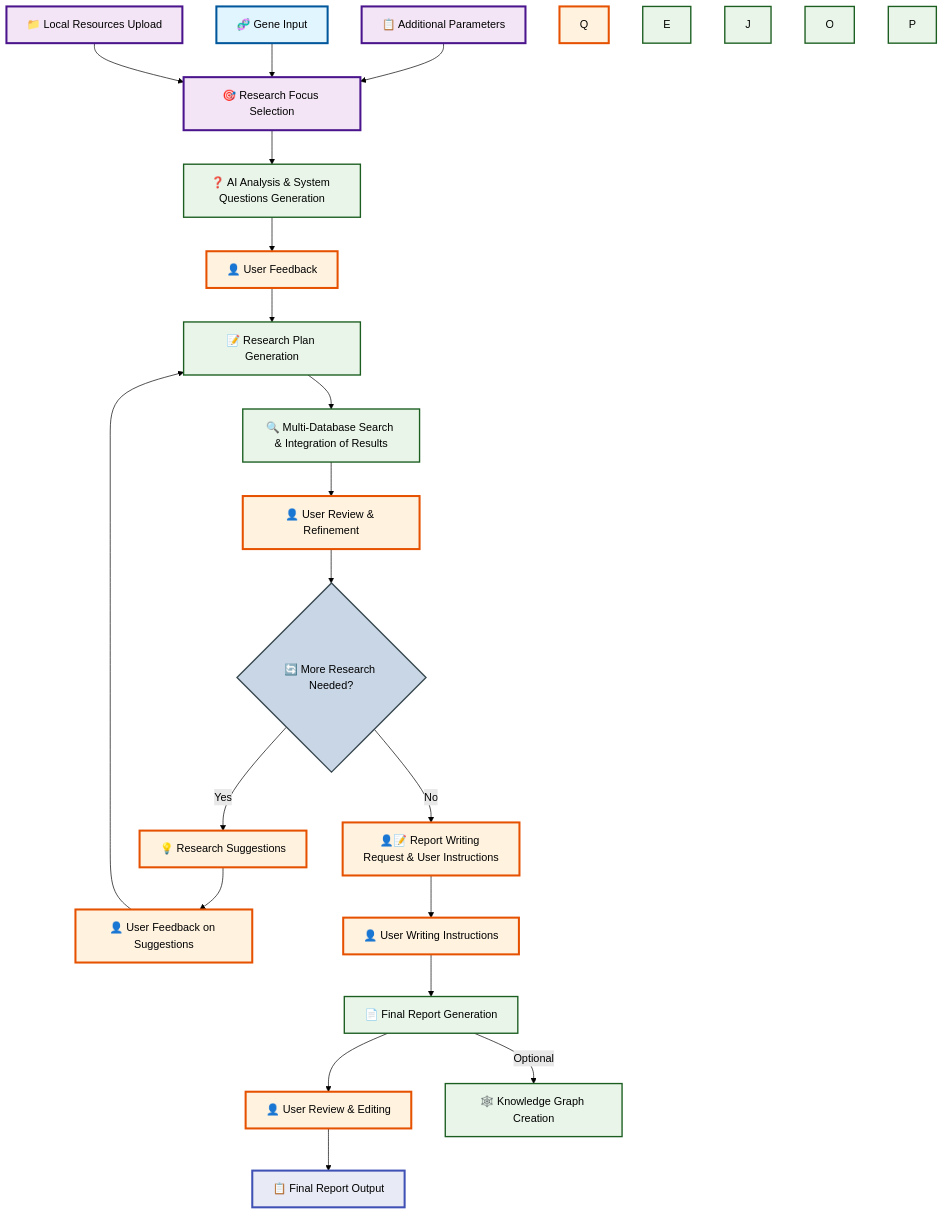
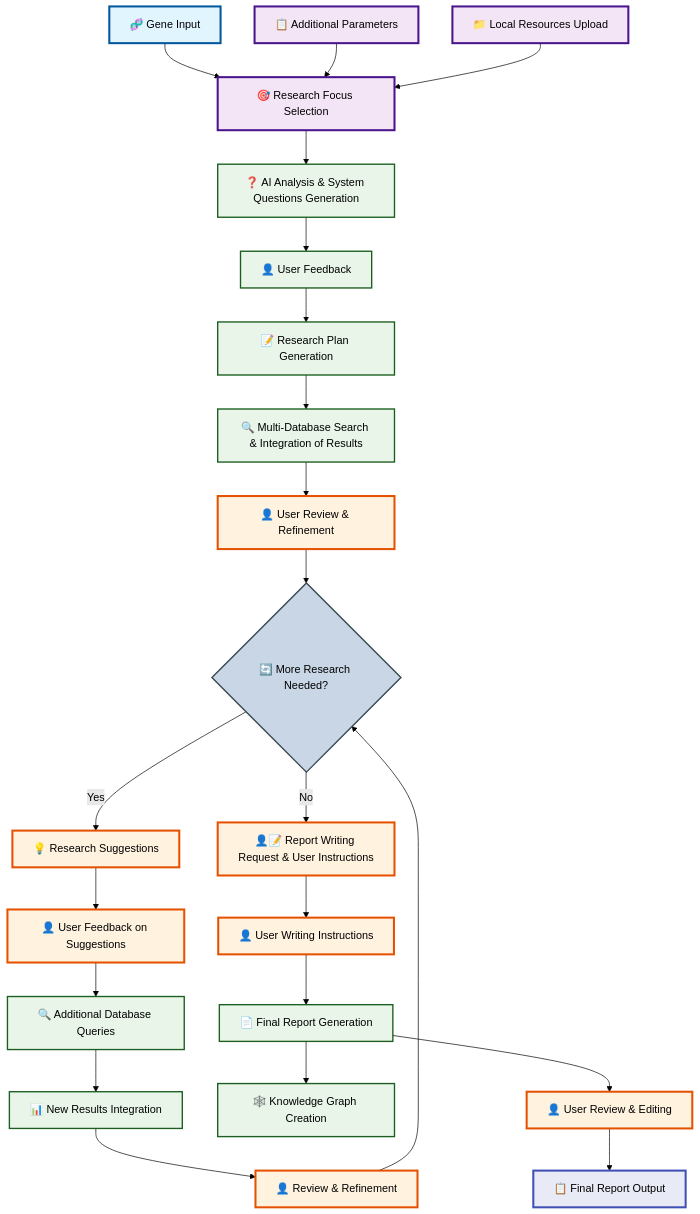
One commit to Scilence2022/DeepGeneResearch changed the diagram in README.md. Above: the diagram before and after it, drawn with Mermaid (forest theme).

````diff
--- a/README.md
+++ b/README.md
@@ -217,60 +217,60 @@
 ```mermaid
 flowchart TB
     %% User Input Phase
+    A[🧬 Gene Input] --> B[🎯 Research Focus Selection]
     C[📋 Additional Parameters] --> B
-    A[🧬 Gene Input] --> B[🎯 Research Focus Selection]
     D[📁 Local Resources Upload] --> B
     
     %% AI Analysis Phase
-    B --> F[❓ AI Analysis & System Questions Generation]
-    F --> G[👤 User Feedback]
-    G --> H[📝 Research Plan Generation]
+    B --> E[❓ AI Analysis & System Questions Generation]
+    E --> F[👤 User Feedback]
+    F --> G[📝 Research Plan Generation]
     
     %% Search Phase
-    H --> I[🔍 Multi-Database Search & Integration of Results]
-    I --> K[👤 User Review & Refinement]
-    K --> L{🔄 More Research Needed?}
+    G --> H[🔍 Multi-Database Search & Integration of Results]
+    H --> I[👤 User Review & Refinement]
+    I --> J{🔄 More Research Needed?}
     
     %% Iteration Loop
-    L -->|Yes| M[💡 Research Suggestions]
-    M --> N[👤 User Feedback on Suggestions]
-    N --> H
-    
+    J -->|Yes| K[💡 Research Suggestions]
+    K --> L[👤 User Feedback on Suggestions]
+    L --> M[🔍 Additional Database Queries]
+    M --> N[📊 New Results Integration]
+    N --> O[👤 Review & Refinement]
+    O --> J
     
     %% Final Phase
-    L -->|No| R[👤📝 Report Writing Request & User Instructions]
-    R --> S[👤 User Writing Instructions]
-    S --> T[📄 Final Report Generation]
-    T --> V[👤 User Review & Editing]
-    T --> |Optional| U[🕸️ Knowledge Graph Creation]
-    V --> W[📋 Final Report Output]
+    J -->|No| P[👤📝 Report Writing Request & User Instructions]
+    P --> Q[👤 User Writing Instructions]
+    Q --> R[📄 Final Report Generation]
+    R --> S[🕸️ Knowledge Graph Creation]
+    R --> T[👤 User Review & Editing]
+    T --> U[📋 Final Report Output]
     
     %% User Interaction Styling
     style A fill:#e1f5fe,stroke:#01579b,stroke-width:3px
     style B fill:#f3e5f5,stroke:#4a148c,stroke-width:3px
     style C fill:#f3e5f5,stroke:#4a148c,stroke-width:3px
     style D fill:#f3e5f5,stroke:#4a148c,stroke-width:3px
-    style G fill:#fff3e0,stroke:#e65100,stroke-width:3px
+    style I fill:#fff3e0,stroke:#e65100,stroke-width:3px
     style K fill:#fff3e0,stroke:#e65100,stroke-width:3px
-    style M fill:#fff3e0,stroke:#e65100,stroke-width:3px
-    style N fill:#fff3e0,stroke:#e65100,stroke-width:3px
+    style L fill:#fff3e0,stroke:#e65100,stroke-width:3px
+    style O fill:#fff3e0,stroke:#e65100,stroke-width:3px
+    style P fill:#fff3e0,stroke:#e65100,stroke-width:3px
     style Q fill:#fff3e0,stroke:#e65100,stroke-width:3px
-    style R fill:#fff3e0,stroke:#e65100,stroke-width:3px
-    style S fill:#fff3e0,stroke:#e65100,stroke-width:3px
-    style V fill:#fff3e0,stroke:#e65100,stroke-width:3px
+    style T fill:#fff3e0,stroke:#e65100,stroke-width:3px
     
     %% AI Processing Styling
     style E fill:#e8f5e8,stroke:#1b5e20,stroke-width:2px
     style F fill:#e8f5e8,stroke:#1b5e20,stroke-width:2px
+    style G fill:#e8f5e8,stroke:#1b5e20,stroke-width:2px
     style H fill:#e8f5e8,stroke:#1b5e20,stroke-width:2px
-    style I fill:#e8f5e8,stroke:#1b5e20,stroke-width:2px
-    style J fill:#e8f5e8,stroke:#1b5e20,stroke-width:2px
-    style O fill:#e8f5e8,stroke:#1b5e20,stroke-width:2px
-    style P fill:#e8f5e8,stroke:#1b5e20,stroke-width:2px
-    style T fill:#e8f5e8,stroke:#1b5e20,stroke-width:2px
-    style U fill:#e8f5e8,stroke:#1b5e20,stroke-width:2px
+    style M fill:#e8f5e8,stroke:#1b5e20,stroke-width:2px
+    style N fill:#e8f5e8,stroke:#1b5e20,stroke-width:2px
+    style R fill:#e8f5e8,stroke:#1b5e20,stroke-width:2px
+    style S fill:#e8f5e8,stroke:#1b5e20,stroke-width:2px
     
     %% Decision and Output Styling
-    style L fill:#c8d6e5,stroke:#37474f,stroke-width:2px
-    style W fill:#e8eaf6,stroke:#3f51b5,stroke-width:3px
+    style J fill:#c8d6e5,stroke:#37474f,stroke-width:2px
+    style U fill:#e8eaf6,stroke:#3f51b5,stroke-width:3px
 ```
````
